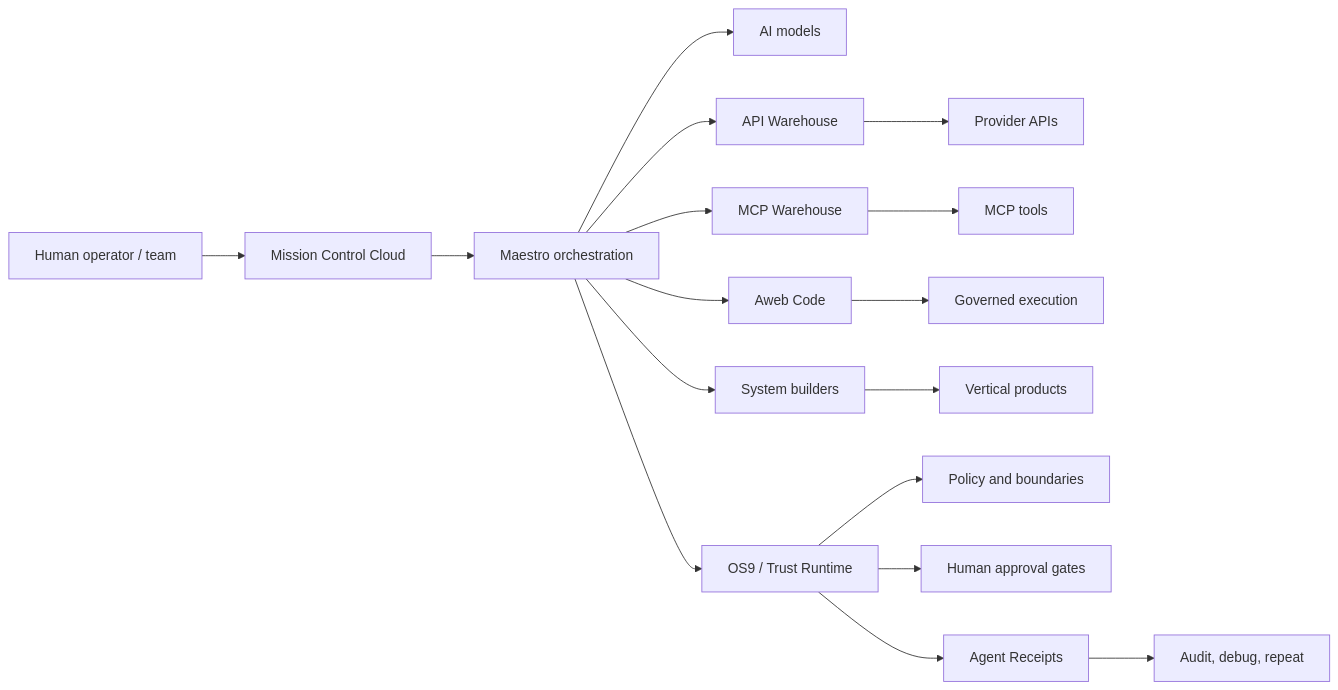
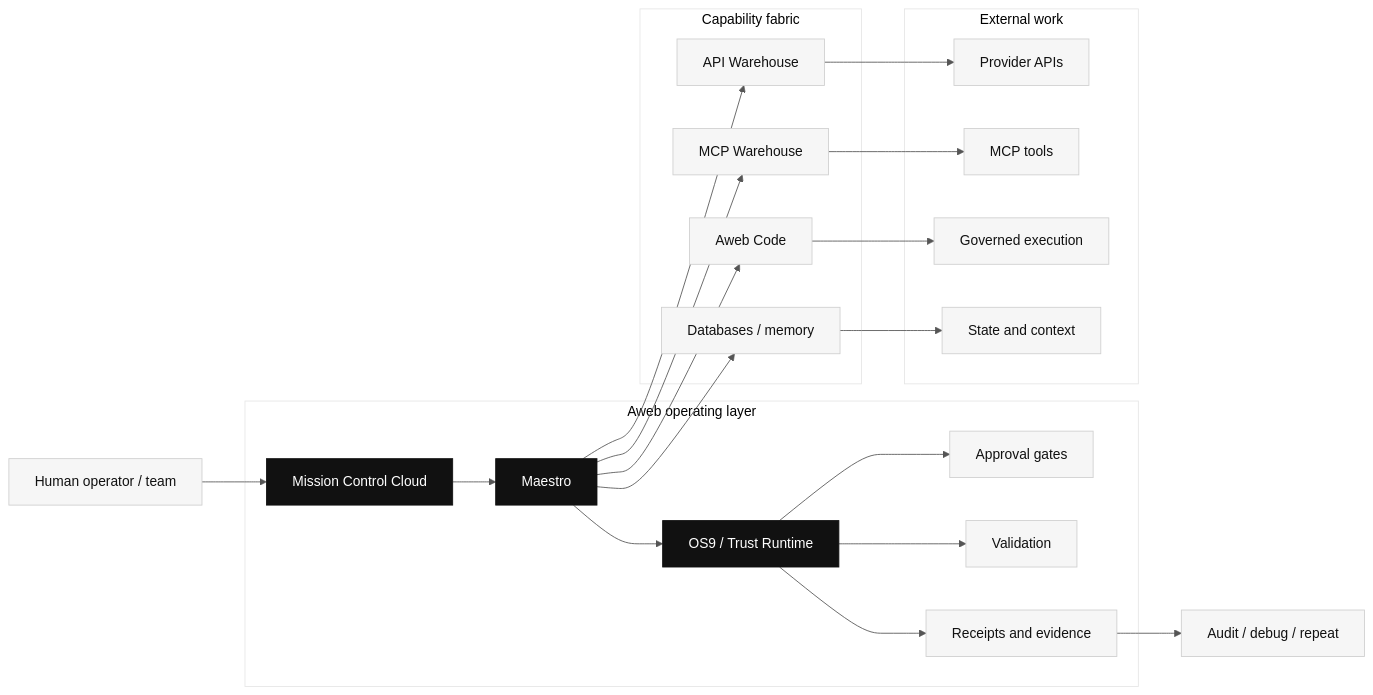
Before and after one commit to manfromnowhere143/aweb-labs-public-proof: the first of 3 diagrams in README.md, drawn with Mermaid. The commit also changed other lines of this file and 1 other file, not shown here.

Commit message:
docs: refine Aweb public proof presentation

````diff
--- a/README.md
+++ b/README.md
@@ -24,21 +64,34 @@
 ```mermaid
+%%{init: {"theme": "base", "themeVariables": {"primaryColor": "#111111", "primaryTextColor": "#ffffff", "primaryBorderColor": "#111111", "lineColor": "#555555", "secondaryColor": "#f5f5f5", "tertiaryColor": "#ffffff"}}}%%
 flowchart LR
   Operator["Human operator / team"] --> Mission["Mission Control Cloud"]
-  Mission --> Maestro["Maestro orchestration"]
-  Maestro --> Models["AI models"]
-  Maestro --> API["API Warehouse"]
-  Maestro --> MCP["MCP Warehouse"]
-  Maestro --> Code["Aweb Code"]
-  Maestro --> Systems["System builders"]
 
-  API --> Providers["Provider APIs"]
-  MCP --> Tools["MCP tools"]
-  Code --> Execution["Governed execution"]
-  Systems --> Products["Vertical products"]
+  subgraph Orchestration["Aweb operating layer"]
+    Mission --> Maestro["Maestro"]
+    Maestro --> Policy["OS9 / Trust Runtime"]
+    Policy --> Approvals["Approval gates"]
+    Policy --> Validation["Validation"]
+    Policy --> Receipts["Receipts and evidence"]
+  end
 
-  Maestro --> Trust["OS9 / Trust Runtime"]
-  Trust --> Policy["Policy and boundaries"]
-  Trust --> Approvals["Human approval gates"]
-  Trust --> Receipts["Agent Receipts"]
-  Receipts --> Audit["Audit, debug, repeat"]
+  subgraph Capability["Capability fabric"]
+    Maestro --> API["API Warehouse"]
+    Maestro --> MCP["MCP Warehouse"]
+    Maestro --> Code["Aweb Code"]
+    Maestro --> Memory["Databases / memory"]
+  end
+
+  subgraph World["External work"]
+    API --> Providers["Provider APIs"]
+    MCP --> Tools["MCP tools"]
+    Code --> Execution["Governed execution"]
+    Memory --> State["State and context"]
+  end
+
+  Receipts --> Audit["Audit / debug / repeat"]
+
+  classDef dark fill:#111111,stroke:#111111,color:#ffffff;
+  classDef light fill:#f6f6f6,stroke:#cfcfcf,color:#111111;
+  class Mission,Maestro,Policy dark;
+  class Operator,Approvals,Validation,Receipts,API,MCP,Code,Memory,Providers,Tools,Execution,State,Audit light;
 ```
````
